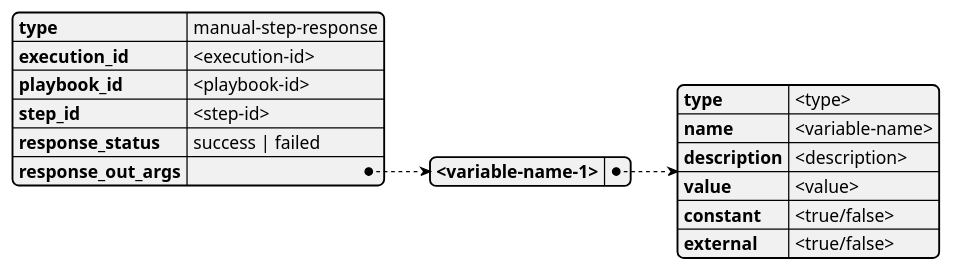
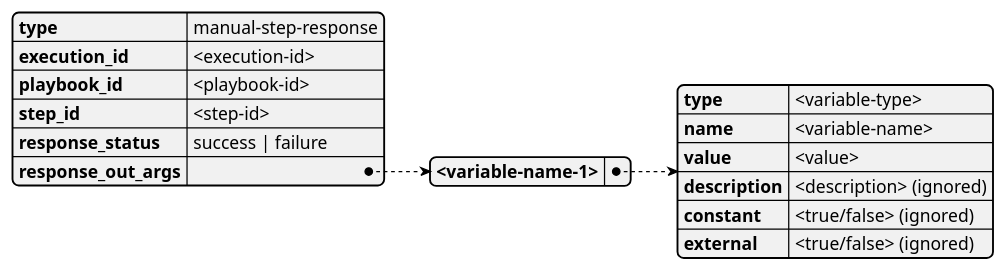
The fourth of 4 diagrams in docs/content/en/docs/core-components/api-manual.md (COSSAS/SOARCA), drawn with PlantUML before and after one commit. The commit also changed other lines of this file and 17 other files, not shown here.

````diff
--- a/docs/content/en/docs/core-components/api-manual.md
+++ b/docs/content/en/docs/core-components/api-manual.md
@@ -171,23 +171,23 @@
 ```plantuml
 @startjson
 
     {
         "type" :        "manual-step-response",
         "execution_id" : "<execution-id>",
         "playbook_id" :  "<playbook-id>",
         "step_id" :  "<step-id>",
-        "response_status" : "success | failed",
+        "response_status" : "success | failure",
         "response_out_args":    {
             "<variable-name-1>" : {
-                "type":         "<type>",
+                "type":         "<variable-type>",
                 "name":         "<variable-name>",
-                "description":  "<description>",
                 "value":        "<value>",
-                "constant":     "<true/false>",
-                "external":     "<true/false>"
+                "description":  "<description> (ignored)",
+                "constant":     "<true/false> (ignored)",
+                "external":     "<true/false> (ignored)"
             }
         }
     }
 
 @endjson
 ```
````
